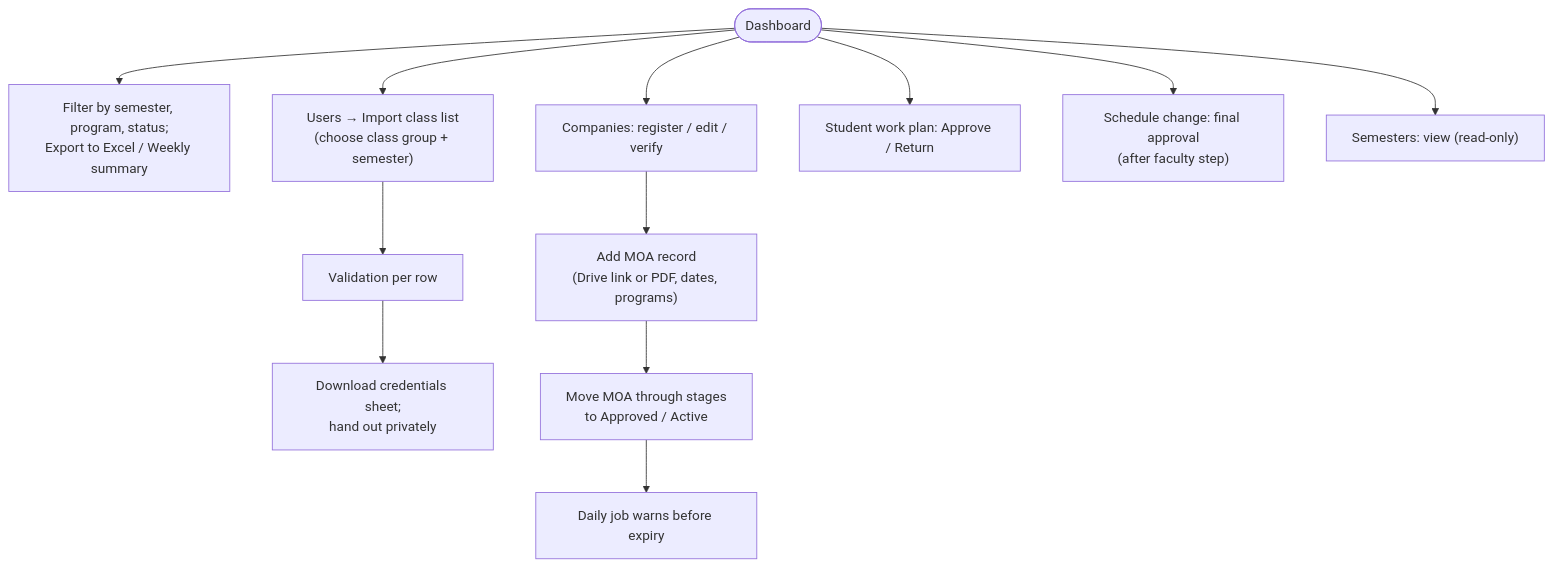
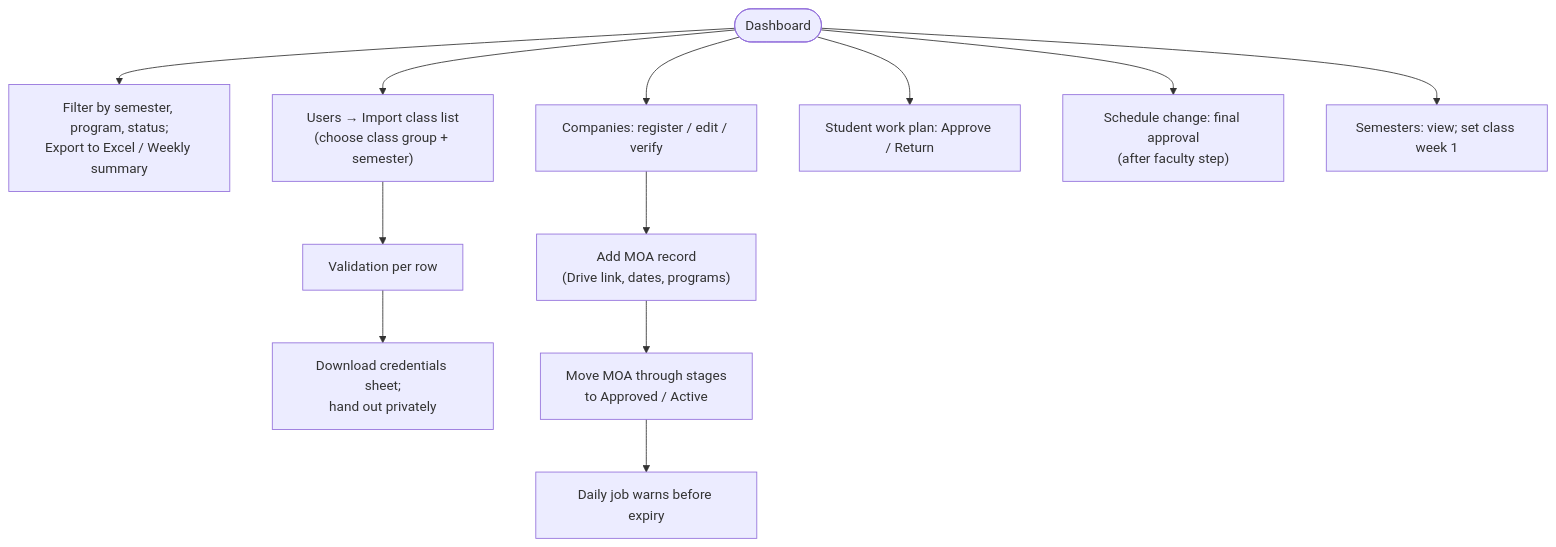
The fifth of 21 diagrams in docs/system/13-app-flow.md (team-beacon-slu/idsms-cis), drawn with Mermaid before and after one commit. The commit also changed other lines of this file and 21 other files, not shown here.

````diff
--- a/docs/system/13-app-flow.md
+++ b/docs/system/13-app-flow.md
@@ -206,14 +222,14 @@
 ```mermaid
 flowchart TD
     K0([Dashboard]) --> K1["Filter by semester, program, status;<br/>Export to Excel / Weekly summary"]
     K0 --> U1["Users → Import class list<br/>(choose class group + semester)"]
     U1 --> U2["Validation per row"]
     U2 --> U3["Download credentials sheet;<br/>hand out privately"]
     K0 --> CM1["Companies: register / edit / verify"]
-    CM1 --> CM2["Add MOA record<br/>(Drive link or PDF, dates, programs)"]
+    CM1 --> CM2["Add MOA record<br/>(Drive link, dates, programs)"]
     CM2 --> CM3["Move MOA through stages<br/>to Approved / Active"]
     CM3 --> CM4["Daily job warns before expiry"]
     K0 --> WP1["Student work plan: Approve / Return"]
     K0 --> SC1["Schedule change: final approval<br/>(after faculty step)"]
-    K0 --> SM1["Semesters: view (read-only)"]
+    K0 --> SM1["Semesters: view; set class week 1"]
 ```
````
